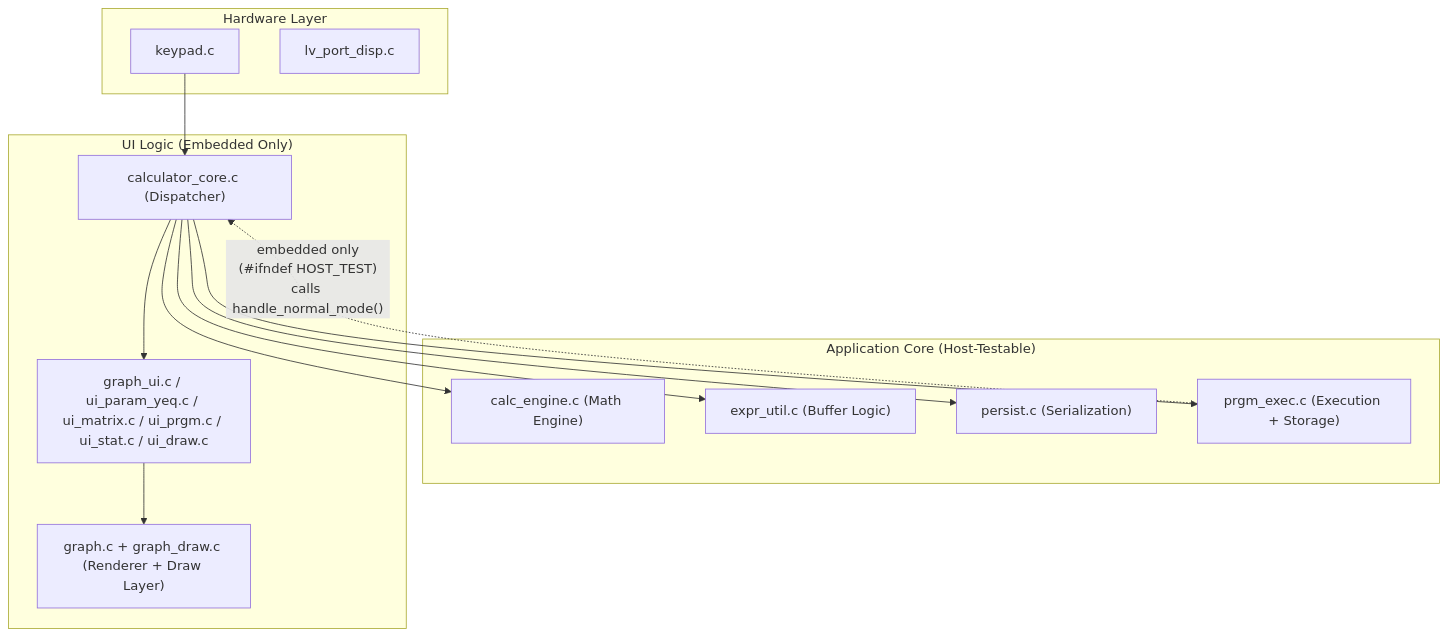
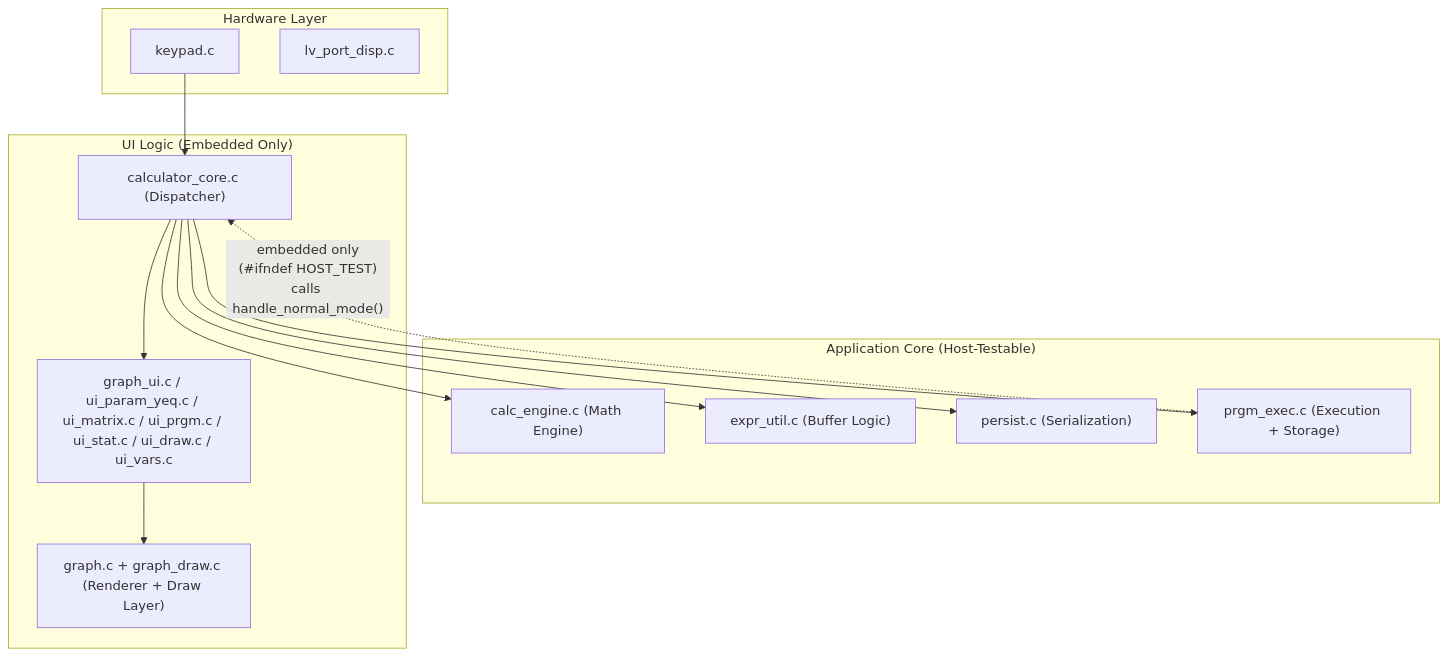
The second of 2 diagrams in docs/ARCHITECTURE.md (mndxc/STM32F429-TI81-Calculator), drawn with Mermaid before and after one commit. The commit also changed 10 other files, not shown here.

````diff
--- a/docs/ARCHITECTURE.md
+++ b/docs/ARCHITECTURE.md
@@ -47,29 +47,29 @@
 ```mermaid
 graph TD
     subgraph "Hardware Layer"
         HW_K["keypad.c"]
         HW_D["lv_port_disp.c"]
     end
 
     subgraph "Application Core (Host-Testable)"
         CE["calc_engine.c (Math Engine)"]
         EU["expr_util.c (Buffer Logic)"]
         PE["persist.c (Serialization)"]
         PRE["prgm_exec.c (Execution + Storage)"]
     end
 
     subgraph "UI Logic (Embedded Only)"
         CC["calculator_core.c (Dispatcher)"]
-        GUI["graph_ui.c / ui_param_yeq.c / ui_matrix.c / ui_prgm.c / ui_stat.c / ui_draw.c"]
+        GUI["graph_ui.c / ui_param_yeq.c / ui_matrix.c / ui_prgm.c / ui_stat.c / ui_draw.c / ui_vars.c"]
         G["graph.c + graph_draw.c (Renderer + Draw Layer)"]
     end
 
     HW_K --> CC
     CC --> GUI
     CC --> CE
     CC --> EU
     CC --> PE
     CC --> PRE
     GUI --> G
     PRE -. "embedded only\n(#ifndef HOST_TEST)\ncalls handle_normal_mode()" .-> CC
 ```
````
